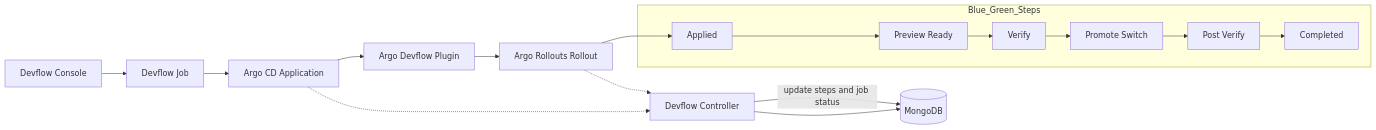
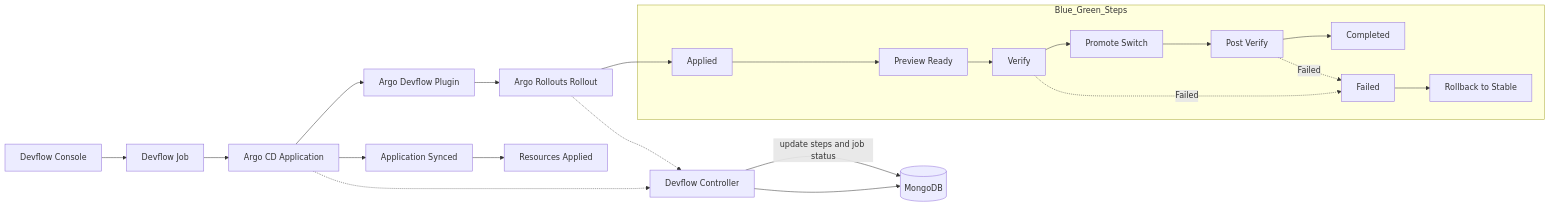
One commit to bsonger/devflow-document changed the diagram in content/docs/CD/blue_green.md. Above: the diagram before and after it, drawn with Mermaid. The commit also changed other lines of this file and 46 other files, not shown here.

````diff
--- a/content/docs/CD/blue_green.md
+++ b/content/docs/CD/blue_green.md
@@ -35,21 +39,27 @@
 ```mermaid
 flowchart LR
     A[Devflow Console] --> B[Devflow Job]
     B --> C[Argo CD Application]
     C --> D[Argo Devflow Plugin]
     D --> E[Argo Rollouts Rollout]
+
+    C --> CS[Application Synced]
+    CS --> R0[Resources Applied]
 
     C -.-> F[Devflow Controller]
     E -.-> F
     F --> M[(MongoDB)]
     F -->|update steps and job status| M
 
     subgraph Blue_Green_Steps
         S0[Applied] --> S1[Preview Ready]
         S1 --> S2[Verify]
         S2 --> S3[Promote Switch]
         S3 --> S4[Post Verify]
         S4 --> S5[Completed]
+        S2 -. Failed .-> SF[Failed]
+        S4 -. Failed .-> SF
+        SF --> RB[Rollback to Stable]
     end
     E --> S0
 ```
````
